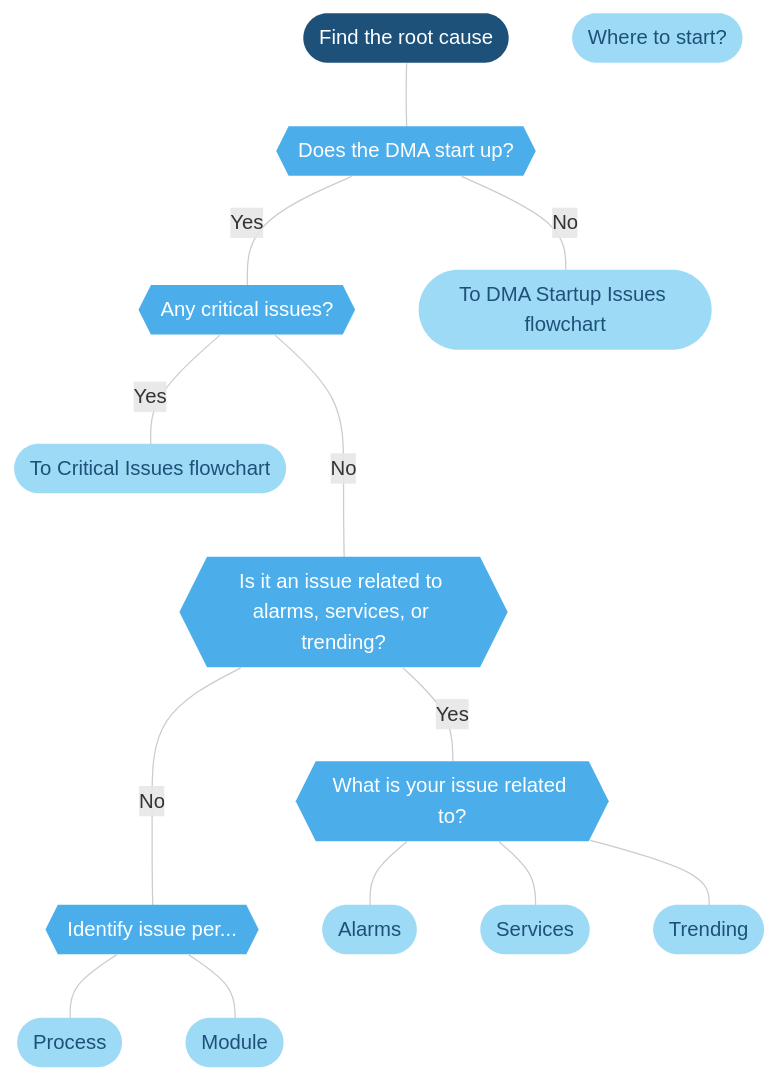
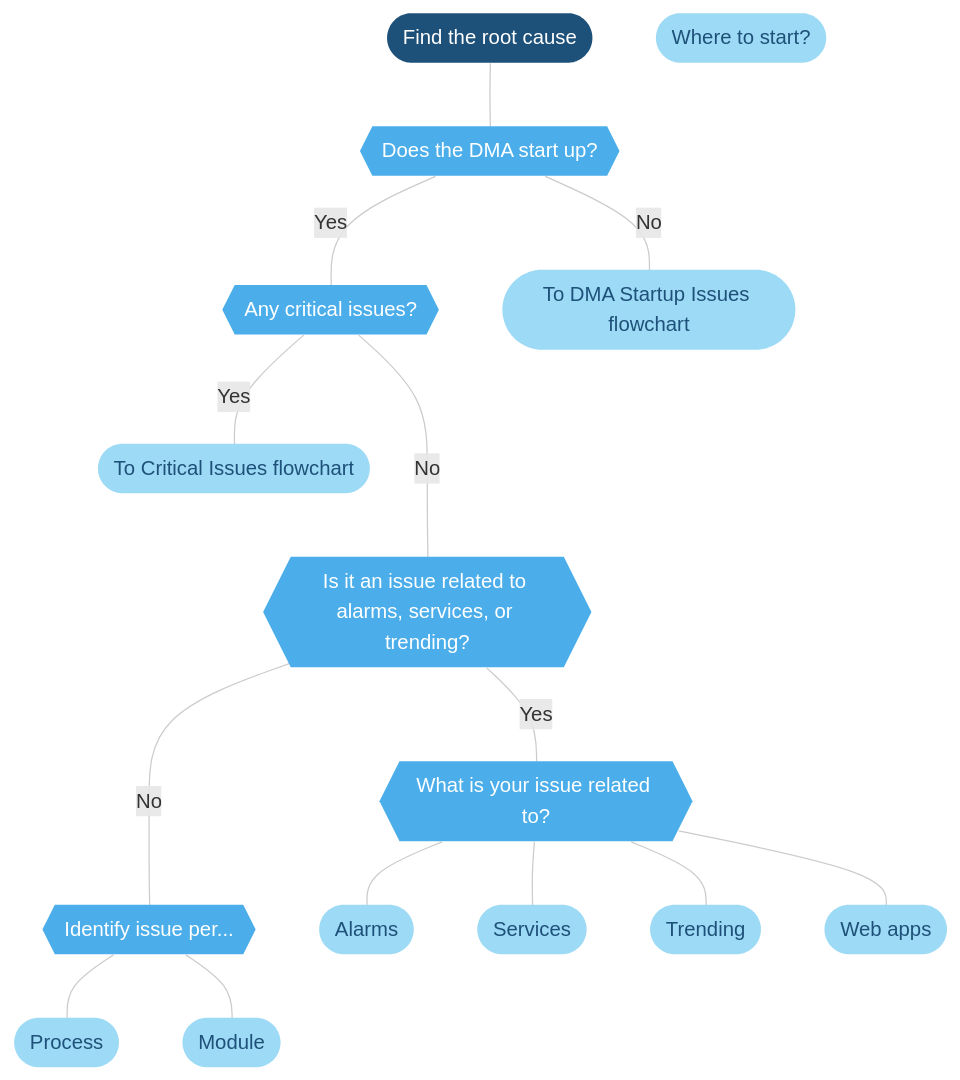
The diagram in user-guide/Troubleshooting/Troubleshooting_Flowcharts/Finding_a_Root_Cause.md (SkylineCommunications/dataminer-docs), drawn with Mermaid before and after one commit. The commit also changed 2 other files, not shown here.

Commit message:
Web apps troubleshooting flowchart

````diff
--- a/user-guide/Troubleshooting/Troubleshooting_Flowcharts/Finding_a_Root_Cause.md
+++ b/user-guide/Troubleshooting/Troubleshooting_Flowcharts/Finding_a_Root_Cause.md
@@ -7,53 +7,56 @@
 ```mermaid
 flowchart TD
     %% Define styles %%
     linkStyle default stroke:#cccccc
     classDef classTerminal fill:#1e5179,stroke:#1e5179,color:#ffffff,stroke-width:0px;
     classDef classDecision fill:#4baeea,stroke:#4baeea,color:#ffffff,stroke-width:0px;
     classDef classExternalRef fill:#9ddaf5,stroke:#9ddaf5,color:#1E5179,stroke-width:0px;
     classDef classActionClickable fill:#999999,stroke:#999999,color:#ffffff,stroke-width:0px;
     classDef classAction fill:#dddddd,stroke:#dddddd,color:#1E5179,stroke-width:0px;
     classDef classSolution fill:#58595b,stroke:#58595b,color:#ffffff,stroke-width:0px;
     %% Define blocks %%
     START([Find the root cause])
     Investigate([Where to start?])
     CheckStartup{{Does the DMA start up?}}
     CHECK1{{Any critical issues? }}
     identify{{Identify issue per... }}
     AlarmsServicesTrending{{Is it an issue related to alarms, services, or trending?}}
     DMAStartupIssues([To DMA Startup Issues flowchart])
     critical([To Critical Issues flowchart])
     ProcessFlowcharts([Process])
     Module([Module])
     Which{{What is your issue related to?}}
     Alarms([Alarms])
     Services([Services])
     Trending([Trending])
+    WebApps([Web apps])
     %% Connect blocks %%
     START --- CheckStartup
     CheckStartup ---|Yes| CHECK1
     CheckStartup --- |No| DMAStartupIssues
     CHECK1 --- |Yes| critical
     CHECK1 ---- |No| AlarmsServicesTrending
     AlarmsServicesTrending ---|Yes|Which
     AlarmsServicesTrending ----|No|identify
     identify --- ProcessFlowcharts
     identify --- Module
     Which --- Alarms
     Which --- Services
     Which --- Trending
+    Which --- WebApps
     %% Define hyperlinks %%
     click CHECK1 "#examples-of-critical-issues" "examples of critical issues"
     click critical "/user-guide/Troubleshooting/Troubleshooting_Flowcharts/Troubleshooting_Critical_Issues/Troubleshooting_Critical_Issues_Overview.html" "To critical issues flowchart"
     click DMAStartupIssues "/user-guide/Troubleshooting/Troubleshooting_Flowcharts/Troubleshooting_Startup_Issues.html" "DMA Startup Issues"
     click ProcessFlowcharts "/user-guide/Troubleshooting/Troubleshooting_Flowcharts/Troubleshooting_Process_Identification/Troubleshooting_Process_Identification.html" "Process identification"
     click Module "/user-guide/Troubleshooting/Troubleshooting_Flowcharts/Troubleshooting_Identify_Per_Module/Troubleshooting_Identify_Per_Module.html" "Identify per module"
     click Trending "/user-guide/Troubleshooting/Troubleshooting_Flowcharts/Troubleshooting_Trending.html" "Trending"
+    click WebApps "/user-guide/Troubleshooting/Troubleshooting_Flowcharts/Troubleshooting_Webapps.html" "Web apps"
     click Services "/user-guide/Troubleshooting/Troubleshooting_Flowcharts/Troubleshooting_Services.html" "Services"
     click Alarms "/user-guide/Troubleshooting/Troubleshooting_Flowcharts/Troubleshooting_Alarms.html" "Alarms"
     click Investigate "/user-guide/Troubleshooting/Troubleshooting_Flowcharts/Troubleshooting_Where_to_Start.html"
     %% Apply styles to blocks %%
     class START classTerminal;
     class Which,AlarmsServicesTrending,CheckStartup,CHECK1,identify classDecision;
-    class Investigate,Cassandra,Elasticsearch,DMAStartupIssues,critical,ProcessFlowcharts,Module,Alarms,Trending,Services classExternalRef;
+    class Investigate,Cassandra,Elasticsearch,DMAStartupIssues,critical,ProcessFlowcharts,Module,Alarms,Trending,WebApps,Services classExternalRef;
 ```
````
